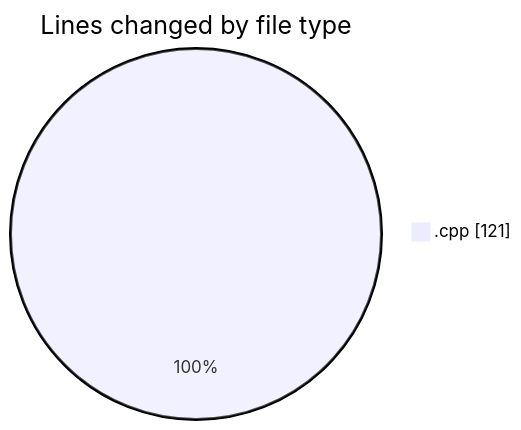
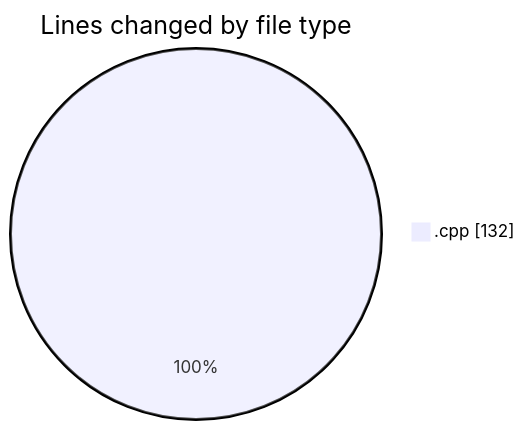
The first of 2 diagrams in 2025-04-24/echo/README.md (Netris89/code-tracking), drawn with Mermaid before and after one commit. The commit also changed other lines of this file and 1 other file, not shown here.

````diff
--- a/2025-04-24/echo/README.md
+++ b/2025-04-24/echo/README.md
@@ -20,5 +20,5 @@
 ```mermaid
 pie showData
 title Lines changed by file type
-".cpp" : 121
+".cpp" : 132
 ```
````
